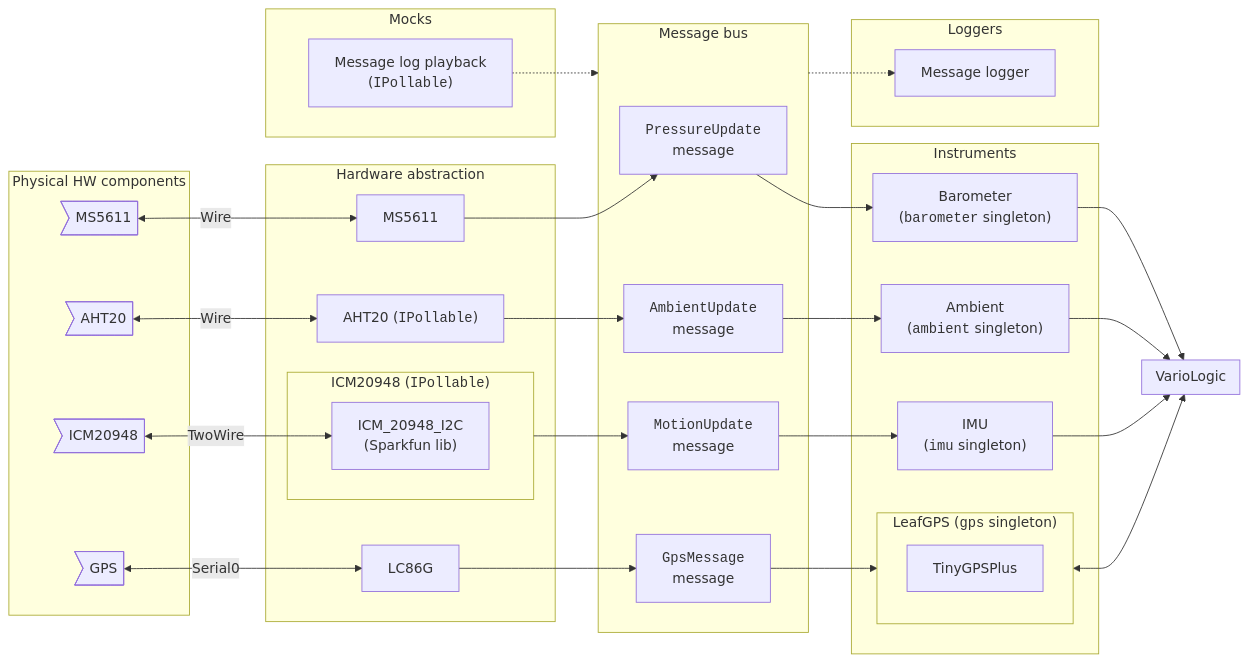
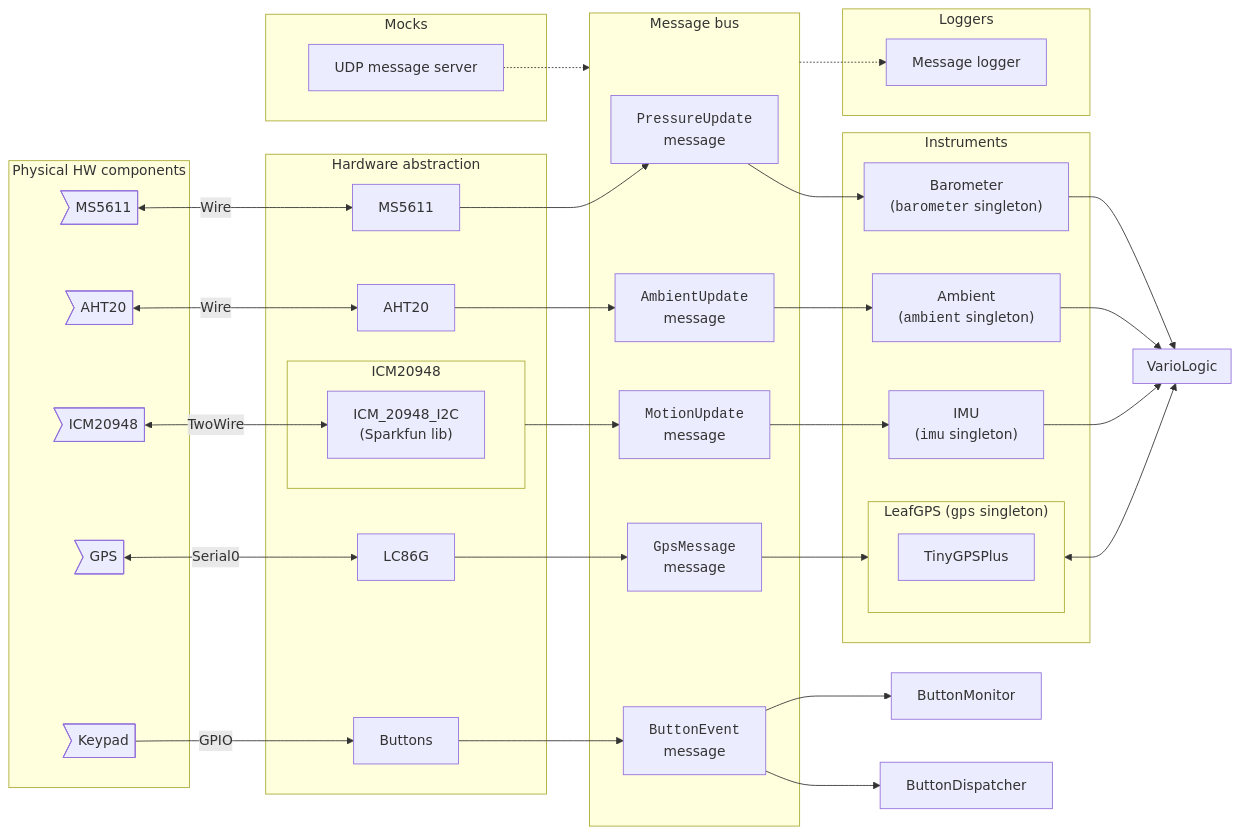
The diagram in src/vario/README.md (DangerMonkeys/leaf), drawn with Mermaid before and after one commit. The commit also changed other lines of this file and 18 other files, not shown here.

First line of the commit message:
Split buttons into hardware and dispatcher (#190)

````diff
--- a/src/vario/README.md
+++ b/src/vario/README.md
@@ -47,59 +47,64 @@
 ```mermaid
 flowchart LR
     subgraph Physical HW components
         MS5611dev>MS5611]
         AHT20dev>AHT20]
         ICM20948dev>ICM20948]
         GPSdev>GPS]
+        Keypad>Keypad]
     end
 
     subgraph Hardware abstraction
-        AHT20hw["AHT20 (<code>IPollable</code>)"]
+        AHT20hw["AHT20"]
         MS5611["MS5611"]
-        subgraph ICM20948["ICM20948 (<code>IPollable</code>)"]
+        subgraph ICM20948["ICM20948"]
             ICM_20948_I2C
         end
         LC86G
+        Buttons
     end
 
     subgraph Mocks
-        MessagePlayback["Message log playback<br>(<code>IPollable</code>)"]
+        UDPMessageServer["UDP message server"]
     end
 
     subgraph Instruments
         Ambient["Ambient<br>(<code>ambient</code> singleton)"]
         Barometer["Barometer<br>(<code>barometer</code> singleton)"]
         IMU["IMU<br>(<code>imu</code> singleton)"]
         subgraph LeafGPS["LeafGPS (<code>gps</code> singleton)"]
             TinyGPSPlus
         end
     end
 
     subgraph Loggers
         MessageLogger["Message logger"]
     end
 
     subgraph MessageBus["Message bus"]
         PressureUpdateMessage["<code>PressureUpdate</code><br>message"]
         AmbientUpdateMessage["<code>AmbientUpdate</code><br>message"]
         MotionUpdateMessage["<code>MotionUpdate</code><br>message"]
         GpsMessage["<code>GpsMessage</code><br>message"]
+        ButtonEvent["<code>ButtonEvent</code><br>message"]
     end
 
     subgraph VarioLogic
     end
 
     MS5611dev <-->|Wire| MS5611 --> PressureUpdateMessage --> Barometer
     AHT20dev <-->|Wire| AHT20hw --> AmbientUpdateMessage --> Ambient
     GPSdev <-->|Serial0| LC86G --> GpsMessage --> LeafGPS
+    Keypad -->|GPIO| Buttons --> ButtonEvent --> ButtonDispatcher
+    ButtonEvent --> ButtonMonitor
 
-    MessagePlayback -.-> MessageBus -.-> MessageLogger
+    UDPMessageServer -.-> MessageBus -.-> MessageLogger
 
     ICM20948dev <-->|TwoWire| ICM_20948_I2C["ICM_20948_I2C<br>(Sparkfun lib)"]
     ICM20948 --> MotionUpdateMessage --> IMU
 
     Barometer --> VarioLogic
     IMU --> VarioLogic
     Ambient --> VarioLogic
     LeafGPS <--> VarioLogic
 ```
````
